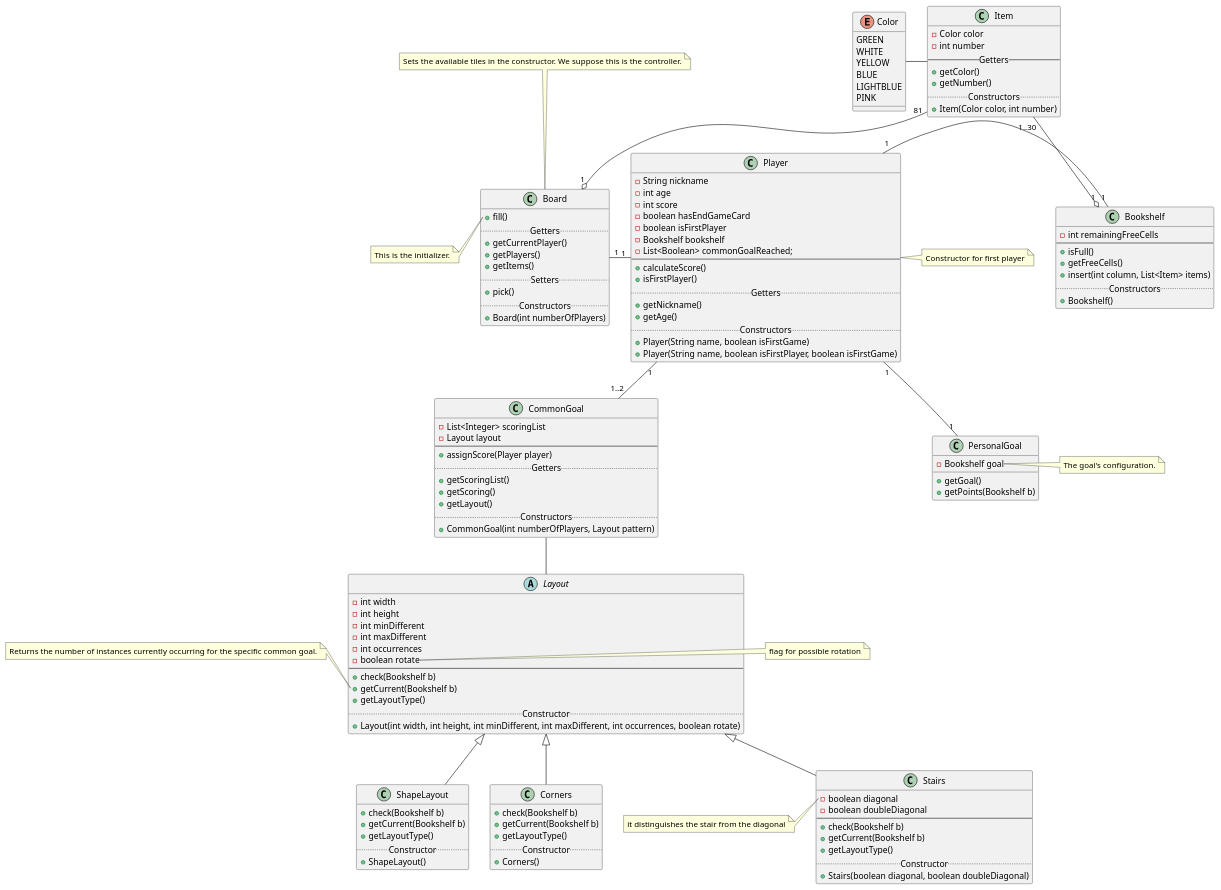
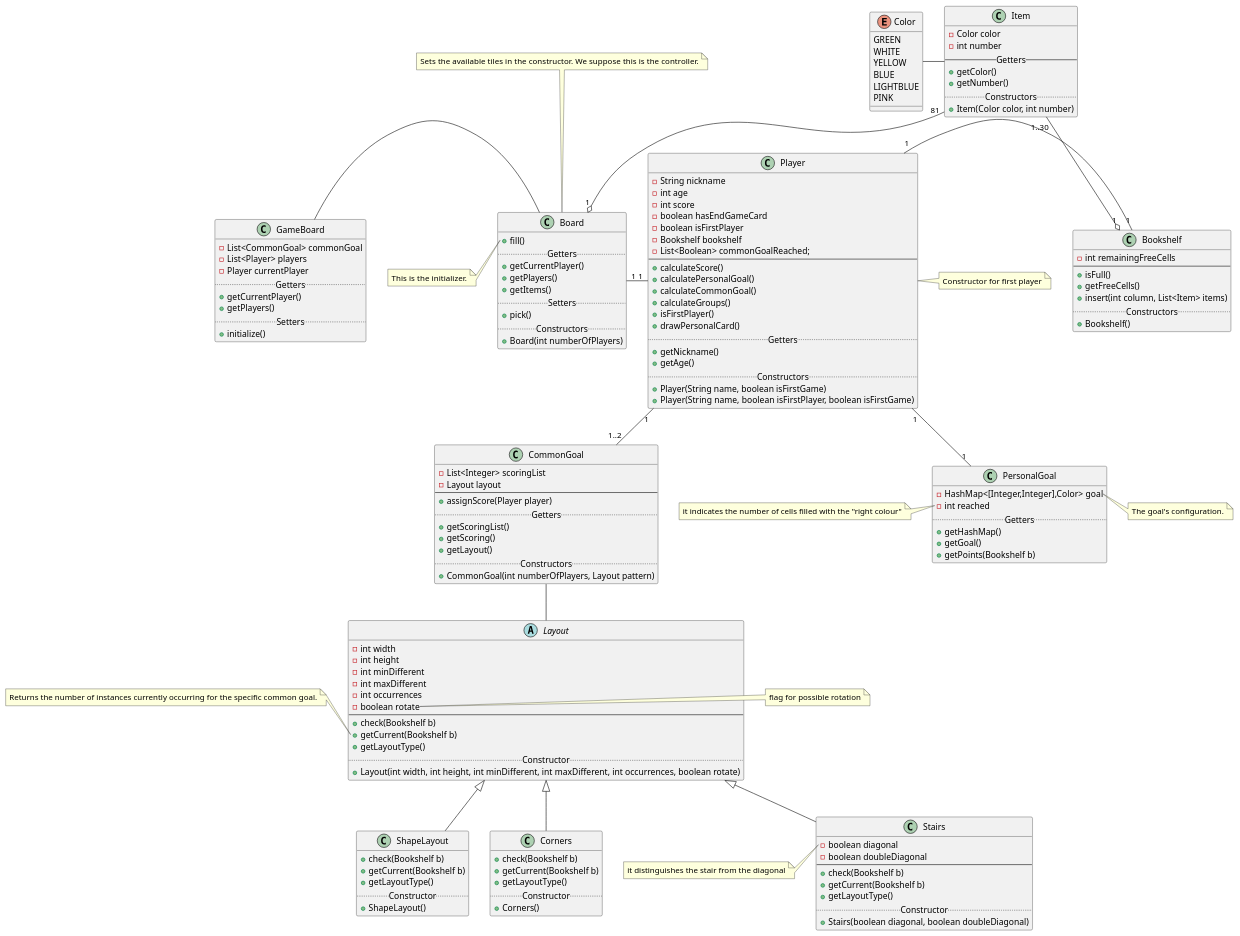
One commit to dltmtt/IS23-AM13 changed the diagram in docs/Initial class diagram.puml. Above: the diagram before and after it, drawn with PlantUML.

Commit message:
-Added new methods in Player; -Canceled the 12 classes for CommonGoals and added the three classes ShapeLayout, Corners and Stairs; - Modified Layout(added new parameters); -Added HashMap and int reached in PersonalGoal;

```diff
--- a/docs/Initial class diagram.puml
+++ b/docs/Initial class diagram.puml
@@ -1,178 +1,198 @@
 @startuml
 'The controller will receiver the move command from the client and
 'will call remove and insert on the board and the bookshelf.
 'The link Board-Player is a static list.
 'The reference to CommonGoal (a list of 1 or 2 elements) is static.
 'The checks, like Bookshelf's checkComplete, go in the client.
 'Consider aggregating the layouts (with parameters).
 '[] Add a method setNickname (in Player?).
 '[] Convert Bookshelf goal in a hashMap.
 '[] Add a method drawCards.
 '[] Add (somewhere) a check for the insertion in the bookshelf of the selection.
 '[] Check when the board has to be refilled.
 
 
 
 class Board
 note top: Sets the available tiles in the constructor. We suppose this is the controller.
 Player "1" -- "1..2" CommonGoal
 Player "1" -- "1" PersonalGoal
 Player "1" - "1" Bookshelf
 Board "1" - "1" Player
 Item "81" --o "1" Board
 Item "1..30" --o "1" Bookshelf
 Color - Item
 CommonGoal -- Layout
+GameBoard - Board
 
 class Item {
     -Color color
     -int number
     -- Getters --
     +getColor()
     +getNumber()
     .. Constructors ..
     +Item(Color color, int number)
 }
 
 class PersonalGoal {
-    -Bookshelf goal
+    -HashMap<[Integer,Integer],Color> goal
+    -int reached
+    ..Getters..
+    +getHashMap()
     +getGoal()
     +getPoints(Bookshelf b)
 }
 
 note left of PersonalGoal::reached
     it indicates the number of cells filled with the "right colour"
 end note
 
 note right of PersonalGoal::goal
     The goal's configuration.
 end note
 
 class Player {
     -String nickname
     -int age
     -int score
     -boolean hasEndGameCard
     -boolean isFirstPlayer
     -Bookshelf bookshelf
     -List<Boolean> commonGoalReached;
     --
     +calculateScore()
+    +calculatePersonalGoal()
+    +calculateCommonGoal()
+    +calculateGroups()
     +isFirstPlayer()
+    +drawPersonalCard()
     .. Getters ..
     +getNickname()
     +getAge()
     .. Constructors ..
     +Player(String name, boolean isFirstGame)
     +Player(String name, boolean isFirstPlayer, boolean isFirstGame)
 }
 
 note right of Player
     Constructor for first player
 end note
+
+class GameBoard {
+    -List<CommonGoal> commonGoal
+    -List<Player> players
+    -Player currentPlayer
+    ..Getters..
+    +getCurrentPlayer()
+    +getPlayers()
+    ..Setters..
+    +initialize()
+}
+
 
 class Board {
     +fill()
     .. Getters ..
     +getCurrentPlayer()
     +getPlayers()
     +getItems()
     .. Setters ..
     +pick()
     .. Constructors ..
     +Board(int numberOfPlayers)
 }
 
 note left of Board::fill
     This is the initializer.
 end note
 
 class CommonGoal {
     -List<Integer> scoringList
     -Layout layout
     ---
     +assignScore(Player player)
     .. Getters ..
     +getScoringList()
     +getScoring()
     +getLayout()
     .. Constructors ..
     +CommonGoal(int numberOfPlayers, Layout pattern)
 }
 
 enum Color {
     GREEN
     WHITE
     YELLOW
     BLUE
     LIGHTBLUE
     PINK
 }
 
 class Bookshelf {
     -int remainingFreeCells
     ---
     +isFull()
     +getFreeCells()
     +insert(int column, List<Item> items)
     ..Constructors..
     +Bookshelf()
 }
 
 abstract Layout {
     -int width
     -int height
     -int minDifferent
     -int maxDifferent
     -int occurrences
     -boolean rotate
     ---
     +check(Bookshelf b)
     +getCurrent(Bookshelf b)
     +getLayoutType()
     ..Constructor..
     +Layout(int width, int height, int minDifferent, int maxDifferent, int occurrences, boolean rotate)
 }
 
 note right of Layout::rotate
     flag for possible rotation
 end note
 
 note left of Layout::getCurrent
     Returns the number of instances currently occurring for the specific common goal.
 end note
 
 class ShapeLayout extends Layout{
     +check(Bookshelf b)
     +getCurrent(Bookshelf b)
     +getLayoutType()
     ..Constructor..
     +ShapeLayout()
 }
 
 class Stairs extends Layout{
     -boolean diagonal
     -boolean doubleDiagonal
     ---
     +check(Bookshelf b)
         +getCurrent(Bookshelf b)
         +getLayoutType()
     ....Constructor....
     +Stairs(boolean diagonal, boolean doubleDiagonal)
 }
 
 note left of Stairs::diagonal
     it distinguishes the stair from the diagonal
 end note
 
 class Corners extends Layout{
     +check(Bookshelf b)
     +getCurrent(Bookshelf b)
     +getLayoutType()
     ..Constructor..
     +Corners()
 }
 
 
 
 @enduml
```
